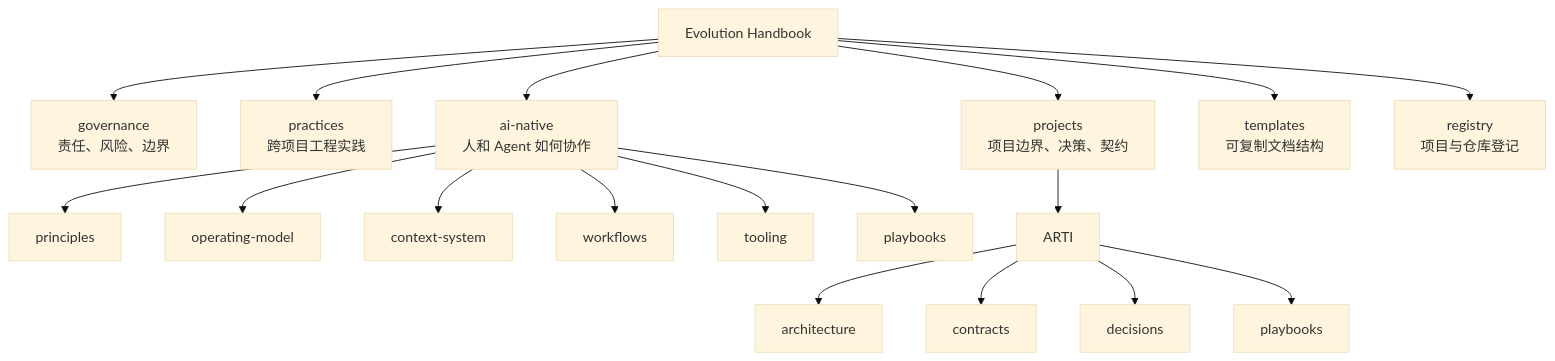
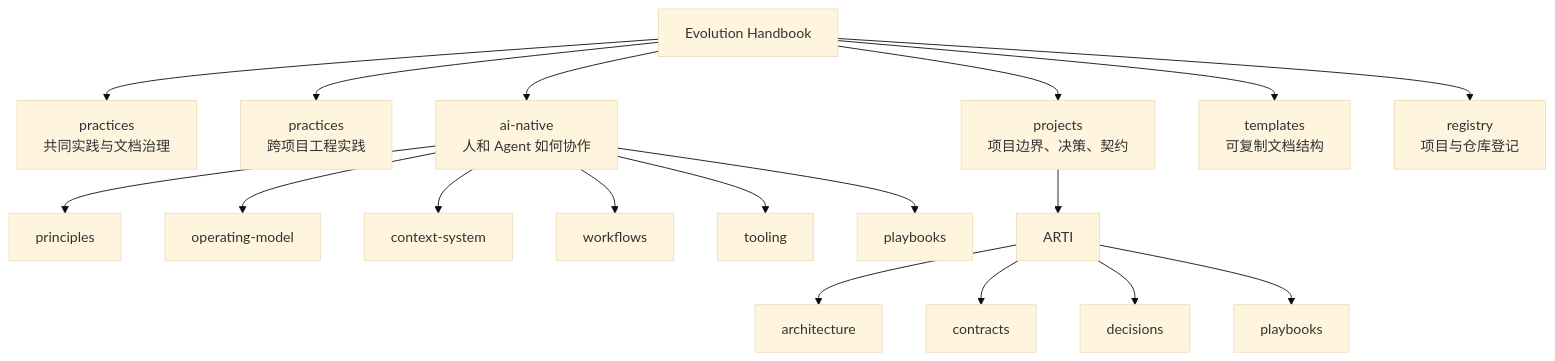
The fifth of 5 diagrams in README.md (botearn/Evolution-Handbook), drawn with Mermaid (base theme) before and after one commit. The commit also changed other lines of this file and 20 other files, not shown here.

````diff
--- a/README.md
+++ b/README.md
@@ -142,22 +164,22 @@
 ```mermaid
 flowchart TB
-    H["Evolution Handbook"] --> G["governance<br/>责任、风险、边界"]
+    H["Evolution Handbook"] --> G["practices<br/>共同实践与文档治理"]
     H --> P["practices<br/>跨项目工程实践"]
     H --> AI["ai-native<br/>人和 Agent 如何协作"]
     H --> Projects["projects<br/>项目边界、决策、契约"]
     H --> Templates["templates<br/>可复制文档结构"]
     H --> Registry["registry<br/>项目与仓库登记"]
 
     AI --> Principles["principles"]
     AI --> Operating["operating-model"]
     AI --> Context["context-system"]
     AI --> Workflows["workflows"]
     AI --> Tooling["tooling"]
     AI --> Playbooks["playbooks"]
 
     Projects --> ARTI["ARTI"]
     ARTI --> Architecture["architecture"]
     ARTI --> Contracts["contracts"]
     ARTI --> Decisions["decisions"]
     ARTI --> ProjectPlaybooks["playbooks"]
 ```
````
